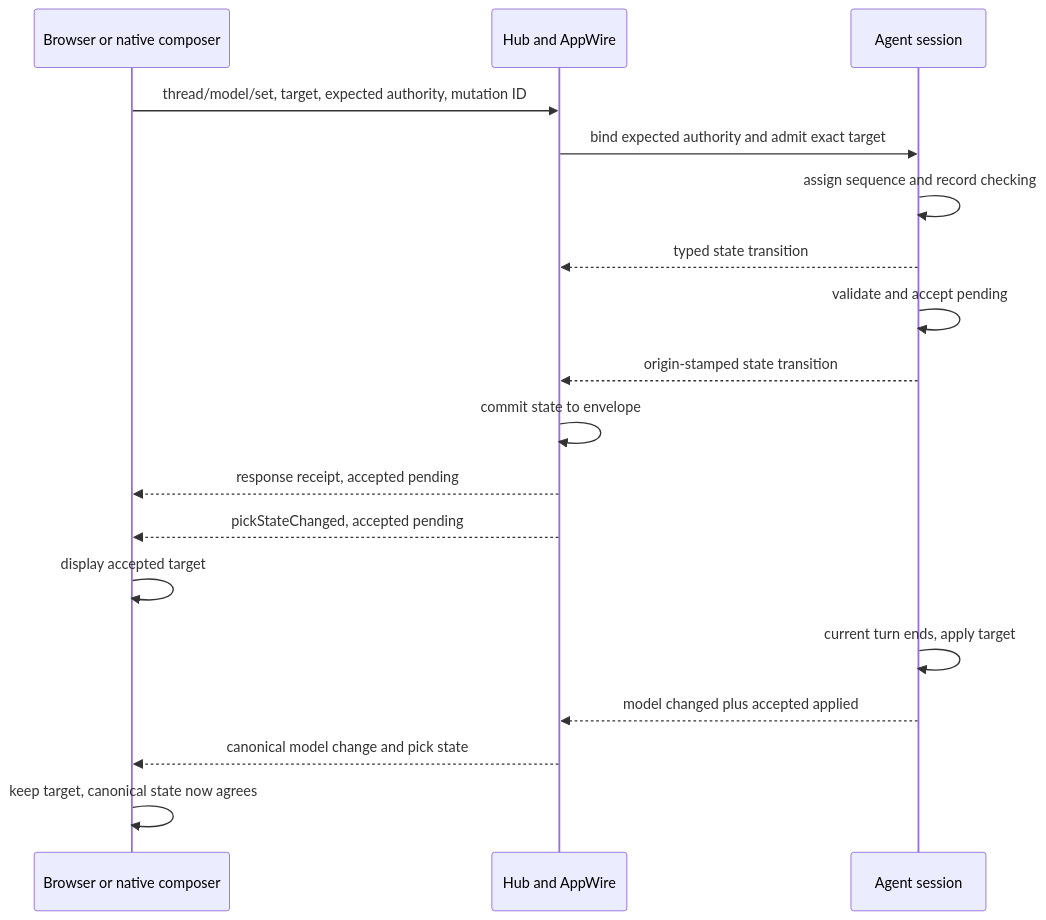
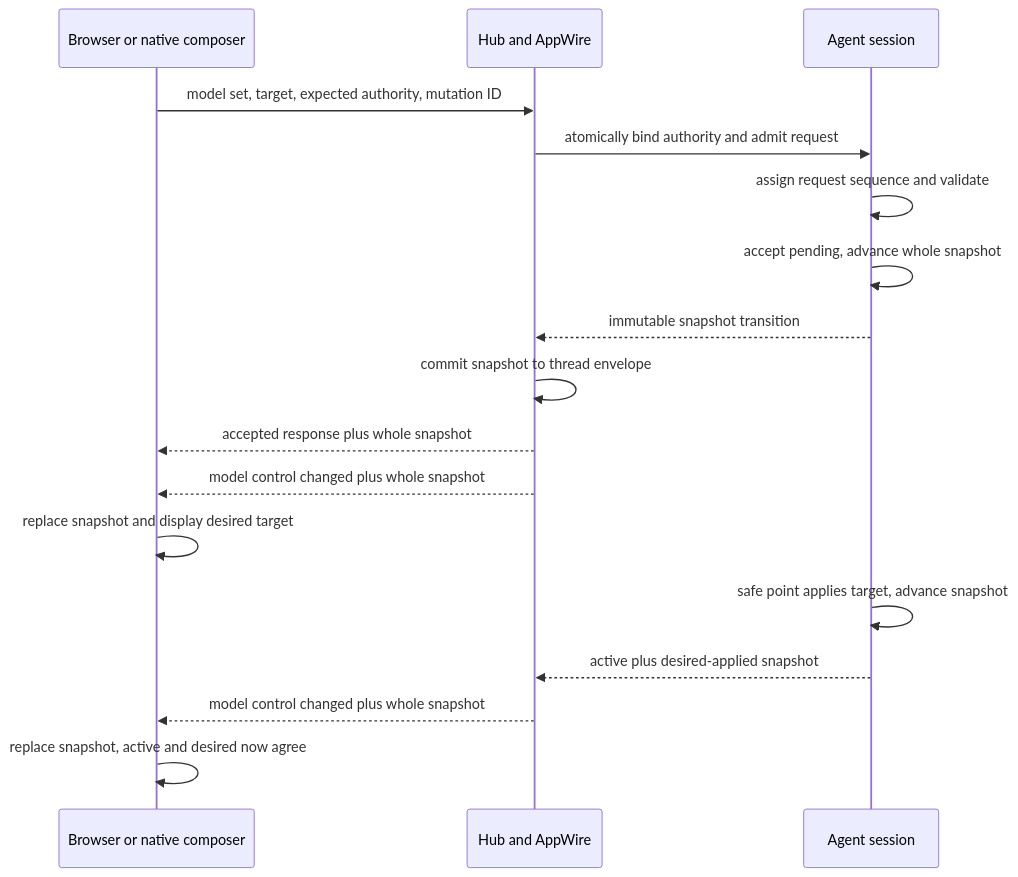
The second of 2 diagrams in docs/superpowers/specs/2026-11-15-model-switch-authority-design.md (prime-radiant-inc/evener), drawn with Mermaid before and after one commit. The commit also changed other lines of this file, not shown here.

First line of the commit message:
docs: redesign model switching around one snapshot

````diff
--- a/docs/superpowers/specs/2026-11-15-model-switch-authority-design.md
+++ b/docs/superpowers/specs/2026-11-15-model-switch-authority-design.md
@@ -214,20 +238,19 @@
 ```mermaid
 sequenceDiagram
     participant UI as Browser or native composer
     participant Hub as Hub and AppWire
     participant Session as Agent session
-    UI->>Hub: thread/model/set, target, expected authority, mutation ID
-    Hub->>Session: bind expected authority and admit exact target
-    Session->>Session: assign sequence and record checking
-    Session-->>Hub: typed state transition
-    Session->>Session: validate and accept pending
-    Session-->>Hub: origin-stamped state transition
-    Hub->>Hub: commit state to envelope
-    Hub-->>UI: response receipt, accepted pending
-    Hub-->>UI: pickStateChanged, accepted pending
-    UI->>UI: display accepted target
-    Session->>Session: current turn ends, apply target
-    Session-->>Hub: model changed plus accepted applied
-    Hub-->>UI: canonical model change and pick state
-    UI->>UI: keep target, canonical state now agrees
+    UI->>Hub: model set, target, expected authority, mutation ID
+    Hub->>Session: atomically bind authority and admit request
+    Session->>Session: assign request sequence and validate
+    Session->>Session: accept pending, advance whole snapshot
+    Session-->>Hub: immutable snapshot transition
+    Hub->>Hub: commit snapshot to thread envelope
+    Hub-->>UI: accepted response plus whole snapshot
+    Hub-->>UI: model control changed plus whole snapshot
+    UI->>UI: replace snapshot and display desired target
+    Session->>Session: safe point applies target, advance snapshot
+    Session-->>Hub: active plus desired-applied snapshot
+    Hub-->>UI: model control changed plus whole snapshot
+    UI->>UI: replace snapshot, active and desired now agree
 ```
````
